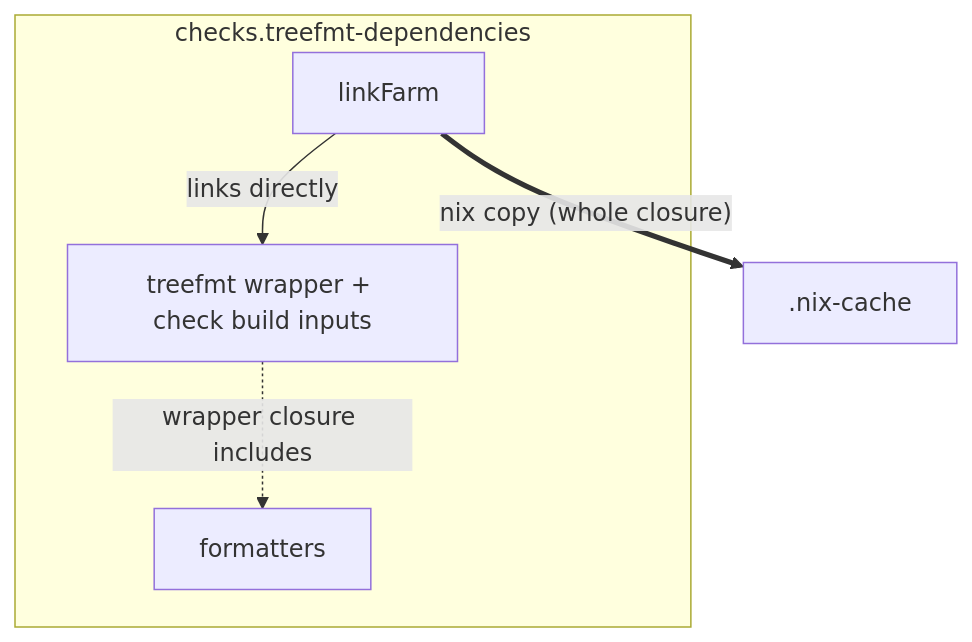
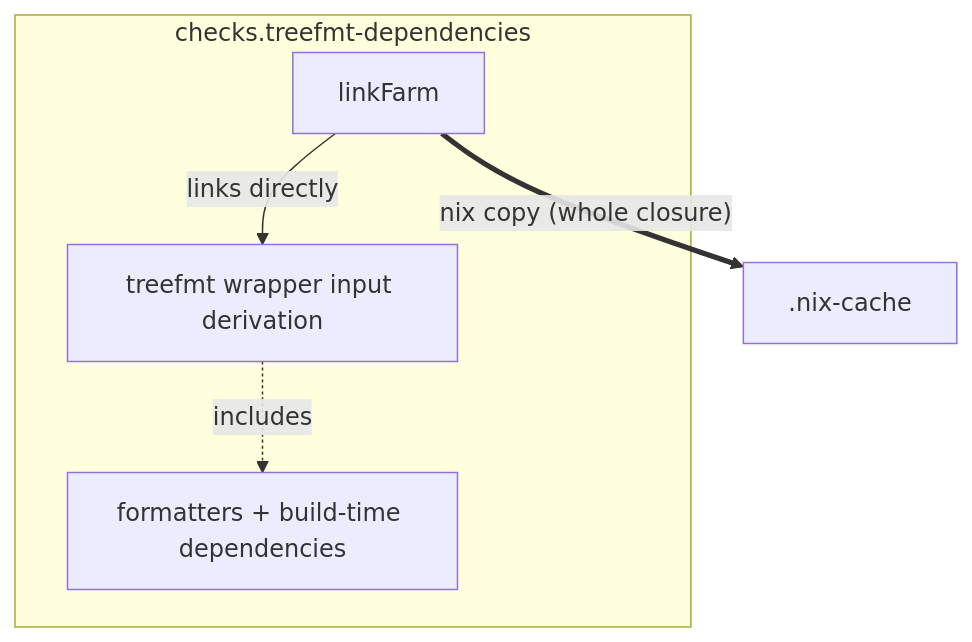
The third of 3 diagrams in content/posts/random/2026-10-04-nixcon-2026.md (drupol/not-a-number.io), drawn with Mermaid before and after one commit. The commit also changed other lines of this file, not shown here.

```diff
--- a/content/posts/random/2026-10-04-nixcon-2026.md
+++ b/content/posts/random/2026-10-04-nixcon-2026.md
@@ -403,8 +395,8 @@
 {{< mermaid >}}
 flowchart TB
 subgraph depsSub["checks.treefmt-dependencies"]
-DEPS["linkFarm"] -- "links directly" --> TOOLS2["treefmt wrapper + check build inputs"]
-TOOLS2 -. "wrapper closure includes" .-> FMT["formatters"]
+DEPS["linkFarm"] -- "links directly" --> TOOLS2["treefmt wrapper input derivation"]
+TOOLS2 -. "includes" .-> FMT["formatters + build-time dependencies"]
 end
 DEPS == "nix copy (whole closure)" ==> CACHE[".nix-cache"]
 {{< /mermaid >}}
```
